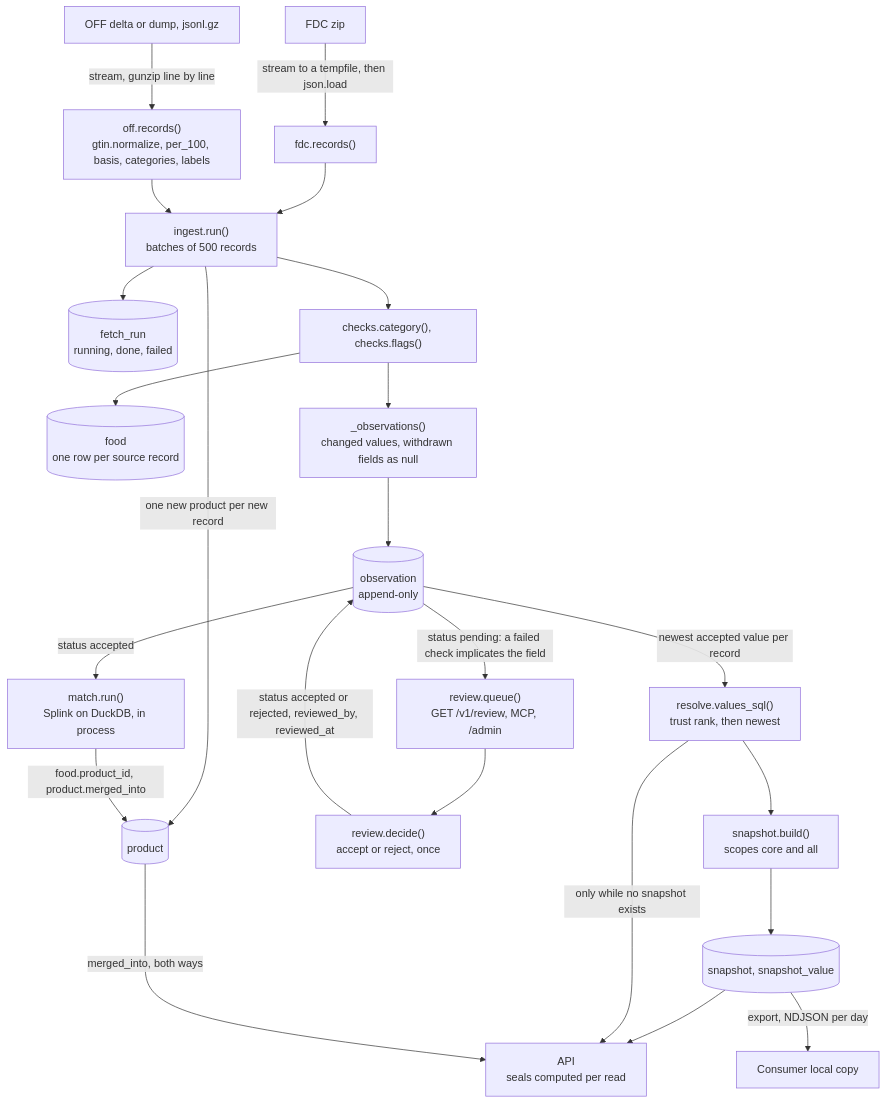
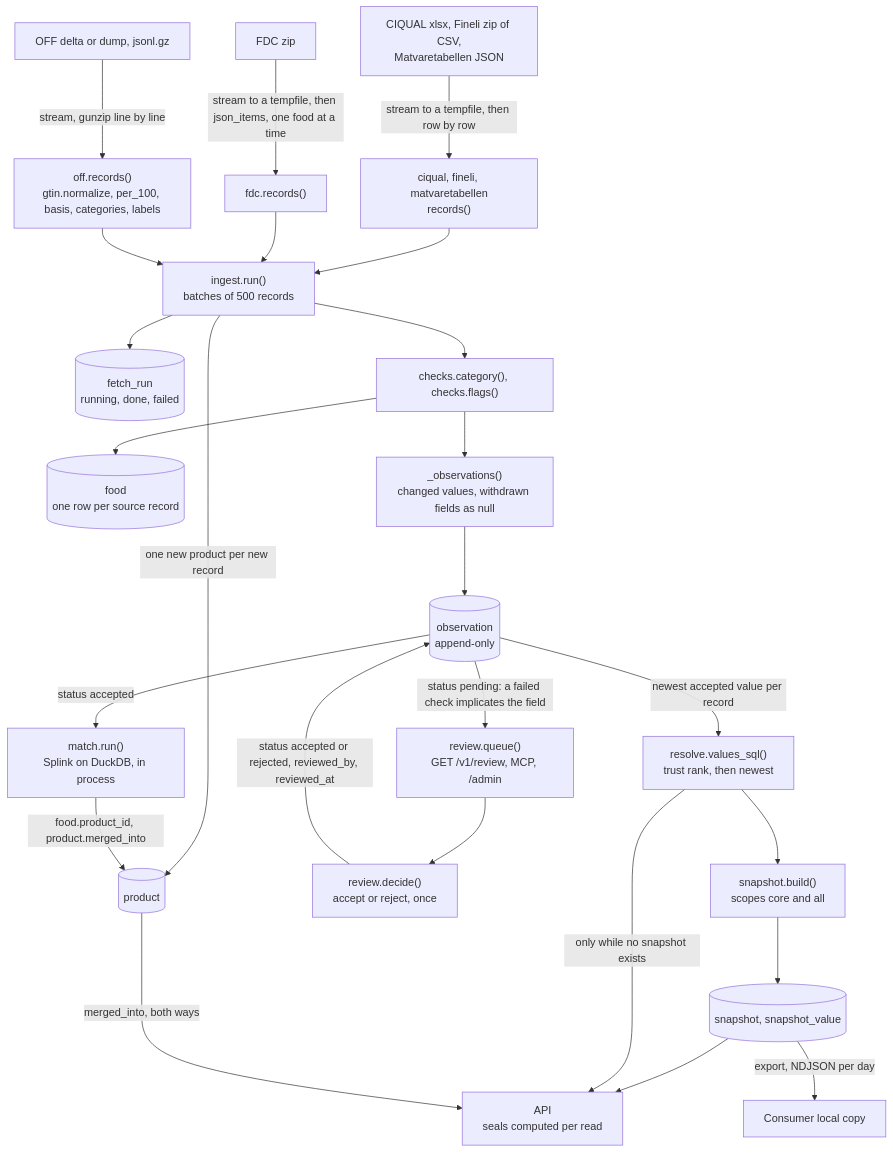
One commit to eait-fit/fooddb changed the third of 14 diagrams in docs/architecture.md. Above: the diagram before and after it, drawn with Mermaid. The commit also changed other lines of this file and 26 other files, not shown here.

First line of the commit message:
feat: CIQUAL, Fineli, Matvaretabellen and FDC Branded intake (#15) (#40)

````diff
--- a/docs/architecture.md
+++ b/docs/architecture.md
@@ -133,25 +138,27 @@
 ```mermaid
 flowchart TD
-    fdcsrc["FDC zip"] -->|"stream to a tempfile, then json.load"| fdcrec["fdc.records()"]
+    fdcsrc["FDC zip"] -->|"stream to a tempfile, then json_items, one food at a time"| fdcrec["fdc.records()"]
+    tabsrc["CIQUAL xlsx, Fineli zip of CSV,<br/>Matvaretabellen JSON"] -->|"stream to a tempfile, then row by row"| tabrec["ciqual, fineli, matvaretabellen<br/>records()"]
+    tabrec --> run
     offsrc["OFF delta or dump, jsonl.gz"] -->|"stream, gunzip line by line"| offrec["off.records()<br/>gtin.normalize, per_100, basis, categories, labels"]
     fdcrec --> run["ingest.run()<br/>batches of 500 records"]
     offrec --> run
     run --> fr[("fetch_run<br/>running, done, failed")]
     run -->|"one new product per new record"| prod[("product")]
     run --> chk["checks.category(), checks.flags()"]
     chk --> foodt[("food<br/>one row per source record")]
     chk --> diff["_observations()<br/>changed values, withdrawn fields as null"]
     diff --> obs[("observation<br/>append-only")]
     obs -->|"status pending: a failed check implicates the field"| queue["review.queue()<br/>GET /v1/review, MCP, /admin"]
     queue --> decide["review.decide()<br/>accept or reject, once"]
     decide -->|"status accepted or rejected, reviewed_by, reviewed_at"| obs
     obs -->|"status accepted"| match["match.run()<br/>Splink on DuckDB, in process"]
     match -->|"food.product_id, product.merged_into"| prod
     obs -->|"newest accepted value per record"| resolver["resolve.values_sql()<br/>trust rank, then newest"]
     resolver --> snap["snapshot.build()<br/>scopes core and all"]
     snap --> sv[("snapshot, snapshot_value")]
     sv --> api["API<br/>seals computed per read"]
     sv -->|"export, NDJSON per day"| consumer["Consumer local copy"]
     resolver -->|"only while no snapshot exists"| api
     prod -->|"merged_into, both ways"| api
 ```
````
